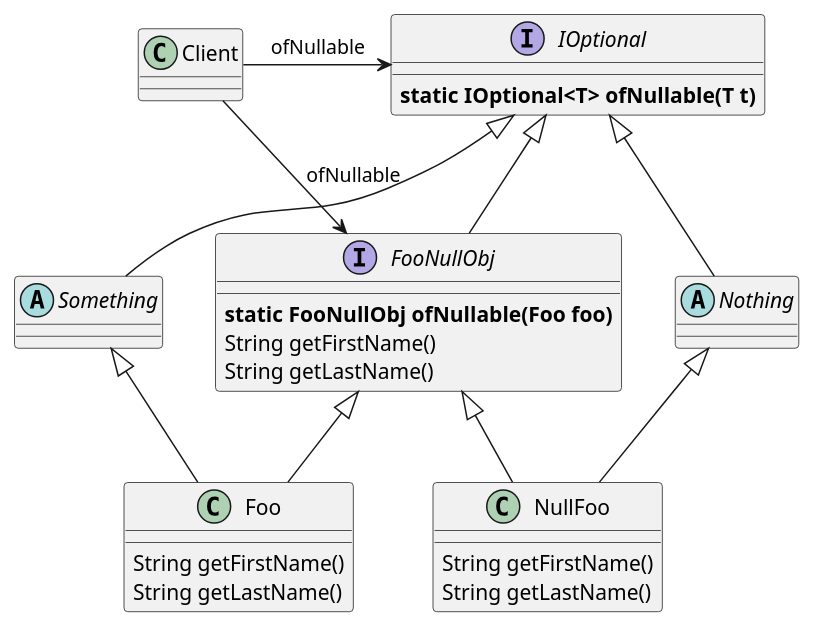
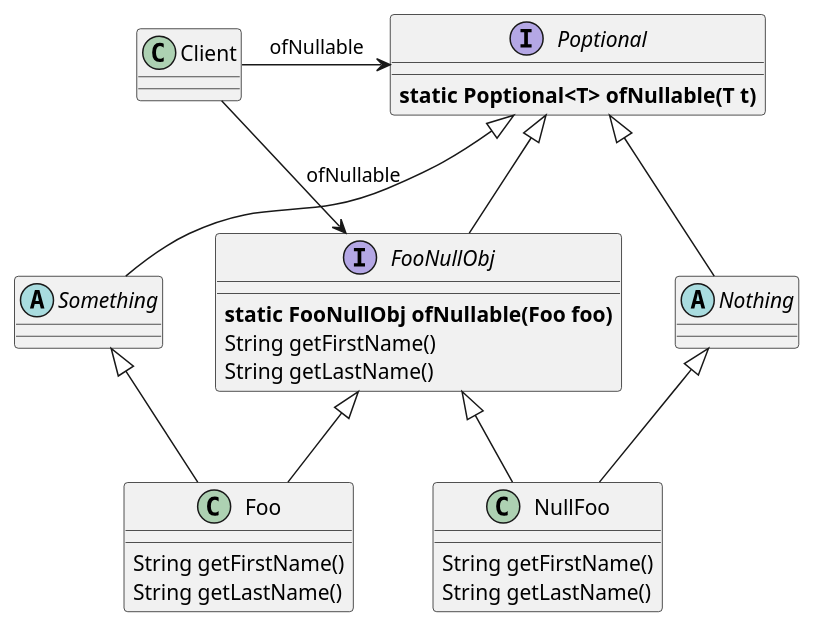
One commit to vivekmore/optional4j changed the diagram in ioptional-specification/src/main/resources/null-object-class-diagram.puml. Above: the diagram before and after it, drawn with PlantUML. The commit also changed 33 other files, not shown here.

```diff
--- a/ioptional-specification/src/main/resources/null-object-class-diagram.puml
+++ b/ioptional-specification/src/main/resources/null-object-class-diagram.puml
@@ -1,31 +1,31 @@
 @startuml
 
-interface IOptional{
-    <B>static IOptional<T> ofNullable(T t)
+interface Poptional{
+    <B>static Poptional<T> ofNullable(T t)
 }
 abstract class Something
 abstract class Nothing
 interface FooNullObj{
     <B>static FooNullObj ofNullable(Foo foo)
     String getFirstName()
     String getLastName()
 }
 class Foo {
     String getFirstName()
         String getLastName()
 }
 class NullFoo {
     String getFirstName()
     String getLastName()
 }
 
-IOptional <|-- Something
-IOptional <|-- Nothing
-IOptional <|-- FooNullObj
+Poptional <|-- Something
+Poptional <|-- Nothing
+Poptional <|-- FooNullObj
 FooNullObj <|-- Foo
 Something <|-- Foo
 FooNullObj <|-- NullFoo
 Nothing <|-- NullFoo
-Client -> IOptional: ofNullable
+Client -> Poptional: ofNullable
 Client -> FooNullObj: ofNullable
 @enduml
```
